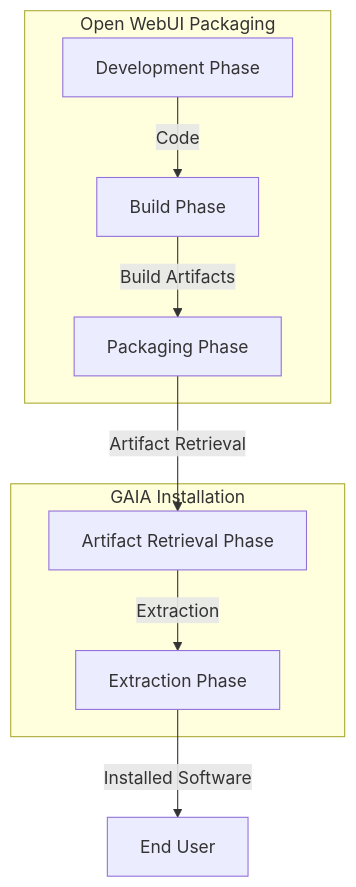
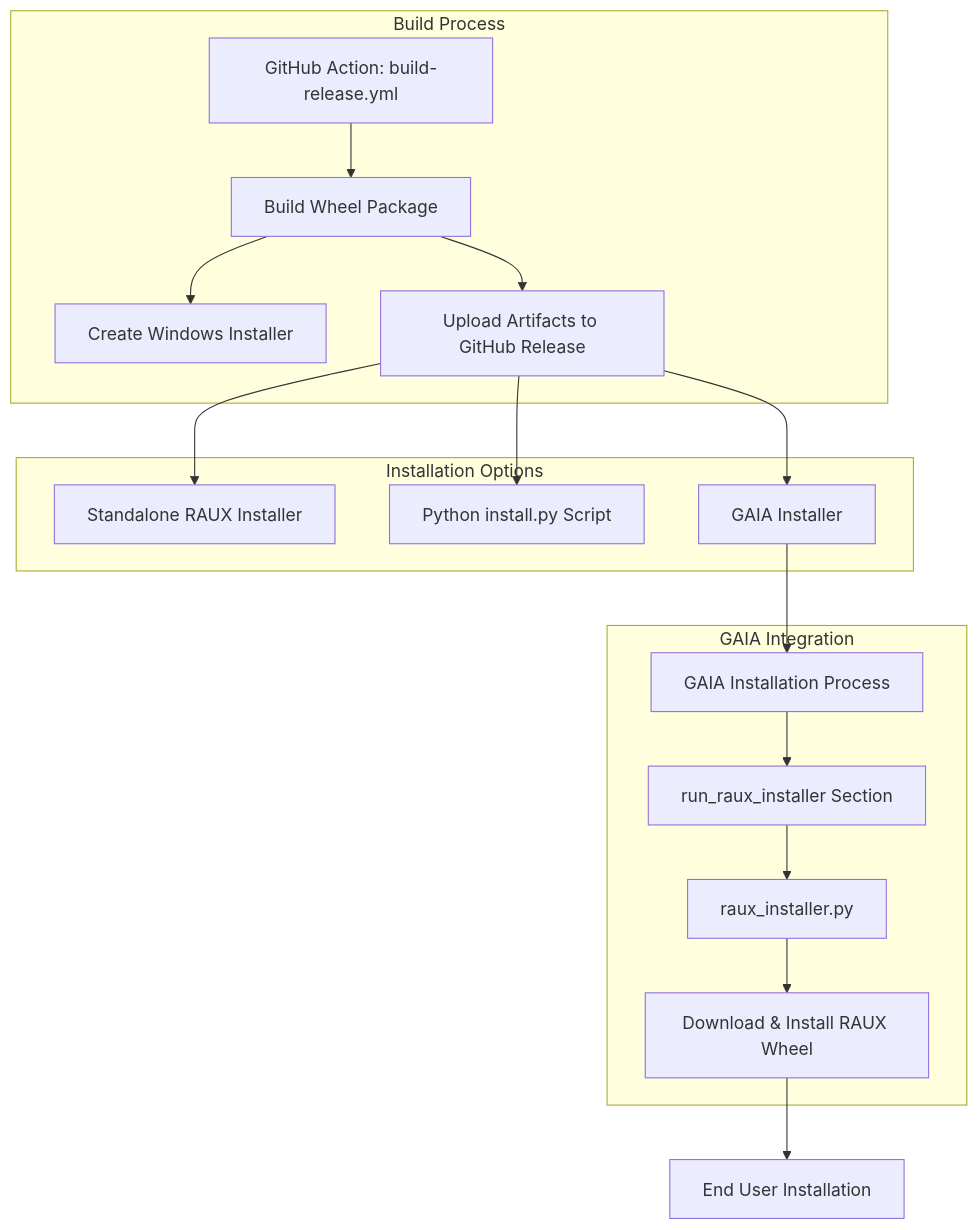
One commit to open-webui/open-webui changed the first of 2 diagrams in docs/install.md. Above: the diagram before and after it, drawn with Mermaid. The commit also changed other lines of this file, not shown here.

First line of the commit message:
Update installation documentation for RAUX and GAIA integration

````diff
--- a/docs/install.md
+++ b/docs/install.md
@@ -19,12 +14,23 @@
 ```mermaid
-graph TD;
-    subgraph Open WebUI Packaging
-        A[Development Phase] -->|Code| B[Build Phase];
-        B -->|Build Artifacts| C[Packaging Phase];
+graph TD
+    subgraph "Build Process"
+        A[GitHub Action: build-release.yml] --> B[Build Wheel Package]
+        B --> C[Create Windows Installer]
+        B --> D[Upload Artifacts to GitHub Release]
     end
-    subgraph GAIA Installation
-        C -->|Artifact Retrieval| D[Artifact Retrieval Phase]
-        D -->|Extraction| E[Extraction Phase]
+    
+    subgraph "Installation Options"
+        D --> E[Standalone RAUX Installer]
+        D --> F[Python install.py Script]
+        D --> G[GAIA Installer]
     end
-        E -->|Installed Software| F[End User];
+    
+    subgraph "GAIA Integration"
+        G --> H[GAIA Installation Process]
+        H --> I[run_raux_installer Section]
+        I --> J[raux_installer.py]
+        J --> K[Download & Install RAUX Wheel]
+    end
+    
+    K --> L[End User Installation]
 ```
````
